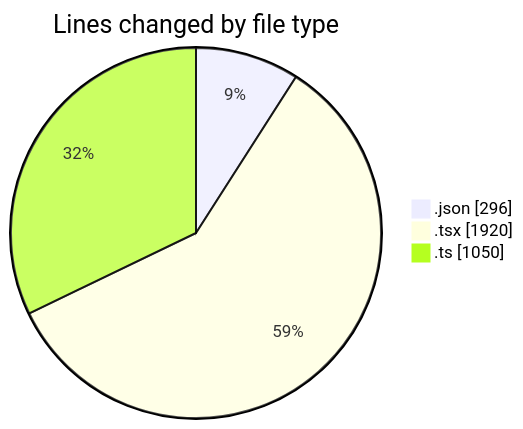
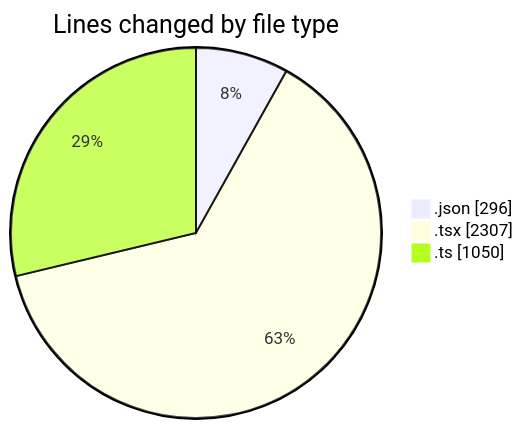
Before and after one commit to julien-gomy/code-tracking: the first of 2 diagrams in 2025-10-07/eventscop-frontend-guide__workspace_/README.md, drawn with Mermaid. The commit also changed other lines of this file and 1 other file, not shown here.

````diff
--- a/2025-10-07/eventscop-frontend-guide__workspace_/README.md
+++ b/2025-10-07/eventscop-frontend-guide__workspace_/README.md
@@ -37,7 +40,7 @@
 ```mermaid
 pie showData
 title Lines changed by file type
 ".json" : 296
-".tsx" : 1920
+".tsx" : 2307
 ".ts" : 1050
 ```
````
